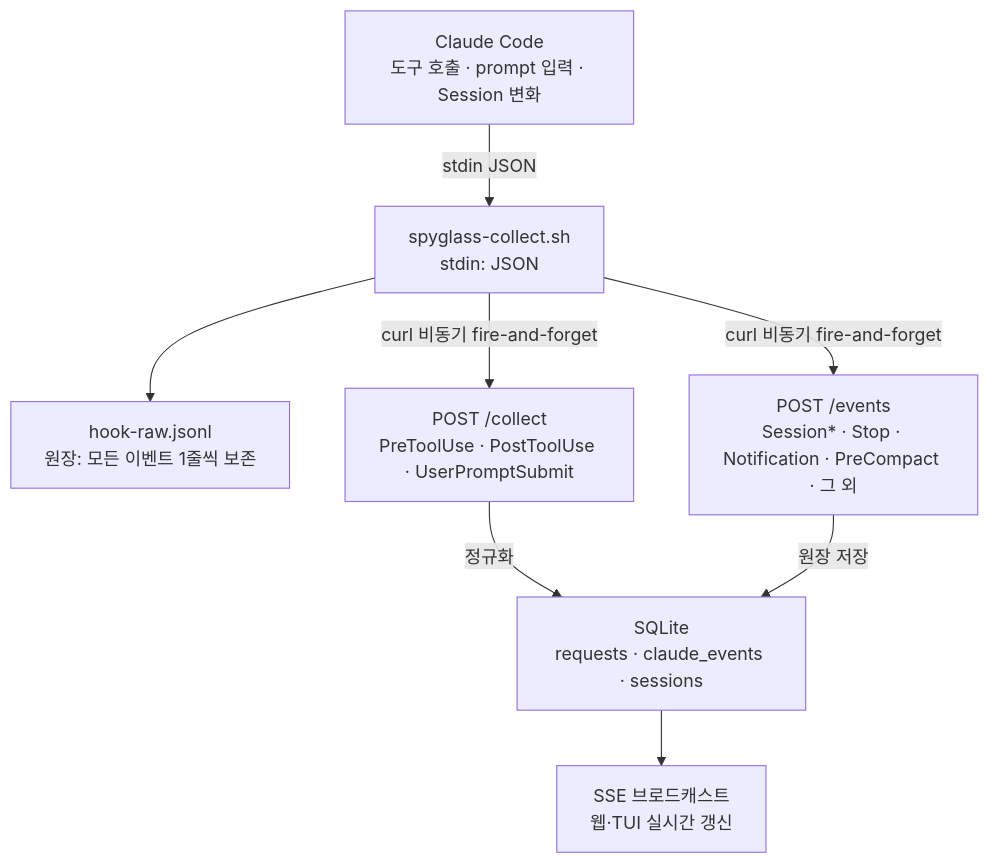
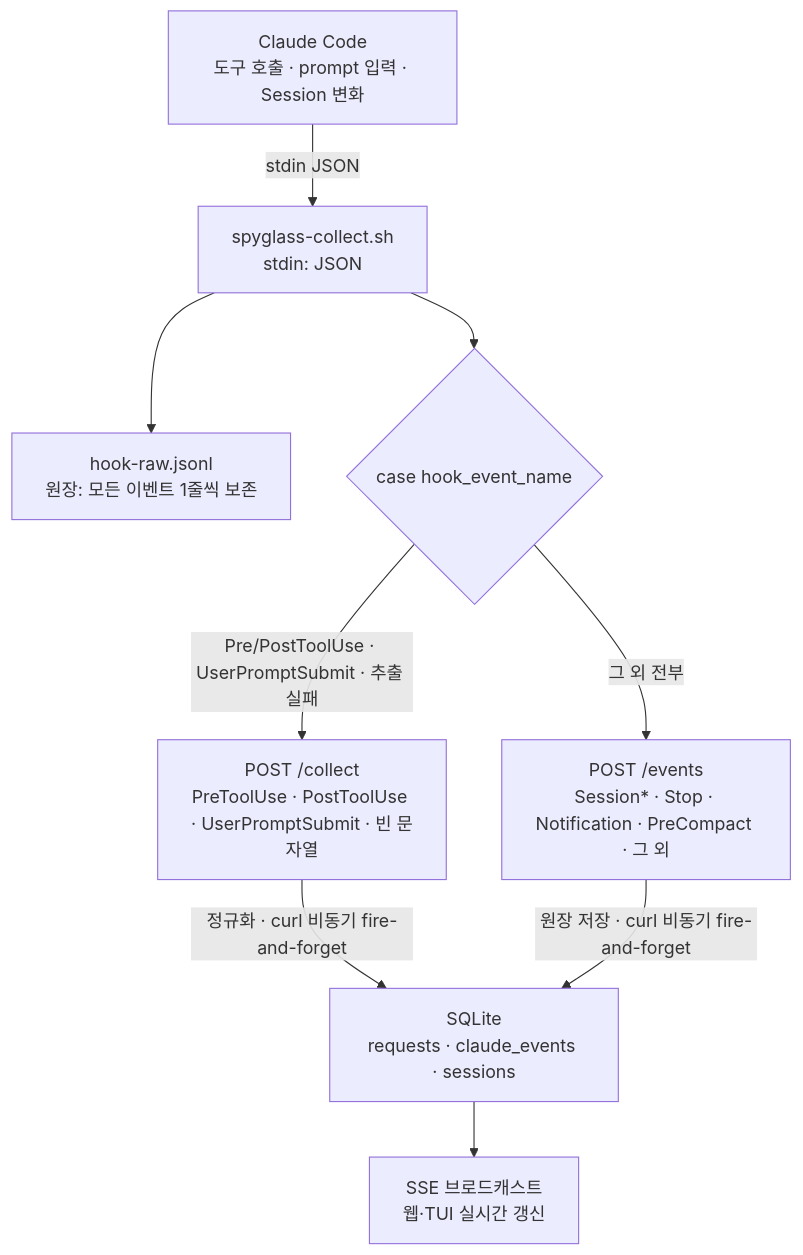
The first of 5 diagrams in docs/architecture/hooks-integration.md (gmoon92/claude-spyglass), drawn with Mermaid before and after one commit. The commit also changed other lines of this file and 23 other files, not shown here.

First line of the commit message:
docs(architecture): 아키텍처 문서·README 소스 기준 현행화

````diff
--- a/docs/architecture/hooks-integration.md
+++ b/docs/architecture/hooks-integration.md
@@ -48,18 +50,20 @@
 ```mermaid
 flowchart TD
     CC[Claude Code\n도구 호출 · prompt 입력 · Session 변화]
     SH[spyglass-collect.sh\nstdin: JSON]
     LOG[hook-raw.jsonl\n원장: 모든 이벤트 1줄씩 보존]
-    COLLECT[POST /collect\nPreToolUse · PostToolUse · UserPromptSubmit]
+    BRANCH{case hook_event_name}
+    COLLECT[POST /collect\nPreToolUse · PostToolUse · UserPromptSubmit · 빈 문자열]
     EVENTS[POST /events\nSession* · Stop · Notification · PreCompact · 그 외]
     DB[SQLite\nrequests · claude_events · sessions]
     SSE[SSE 브로드캐스트\n웹·TUI 실시간 갱신]
 
     CC -->|stdin JSON| SH
     SH --> LOG
-    SH -->|curl 비동기 fire-and-forget| COLLECT
-    SH -->|curl 비동기 fire-and-forget| EVENTS
-    COLLECT -->|정규화| DB
-    EVENTS -->|원장 저장| DB
+    SH --> BRANCH
+    BRANCH -->|Pre/PostToolUse · UserPromptSubmit · 추출 실패| COLLECT
+    BRANCH -->|그 외 전부| EVENTS
+    COLLECT -->|정규화 · curl 비동기 fire-and-forget| DB
+    EVENTS -->|원장 저장 · curl 비동기 fire-and-forget| DB
     DB --> SSE
 ```
````
